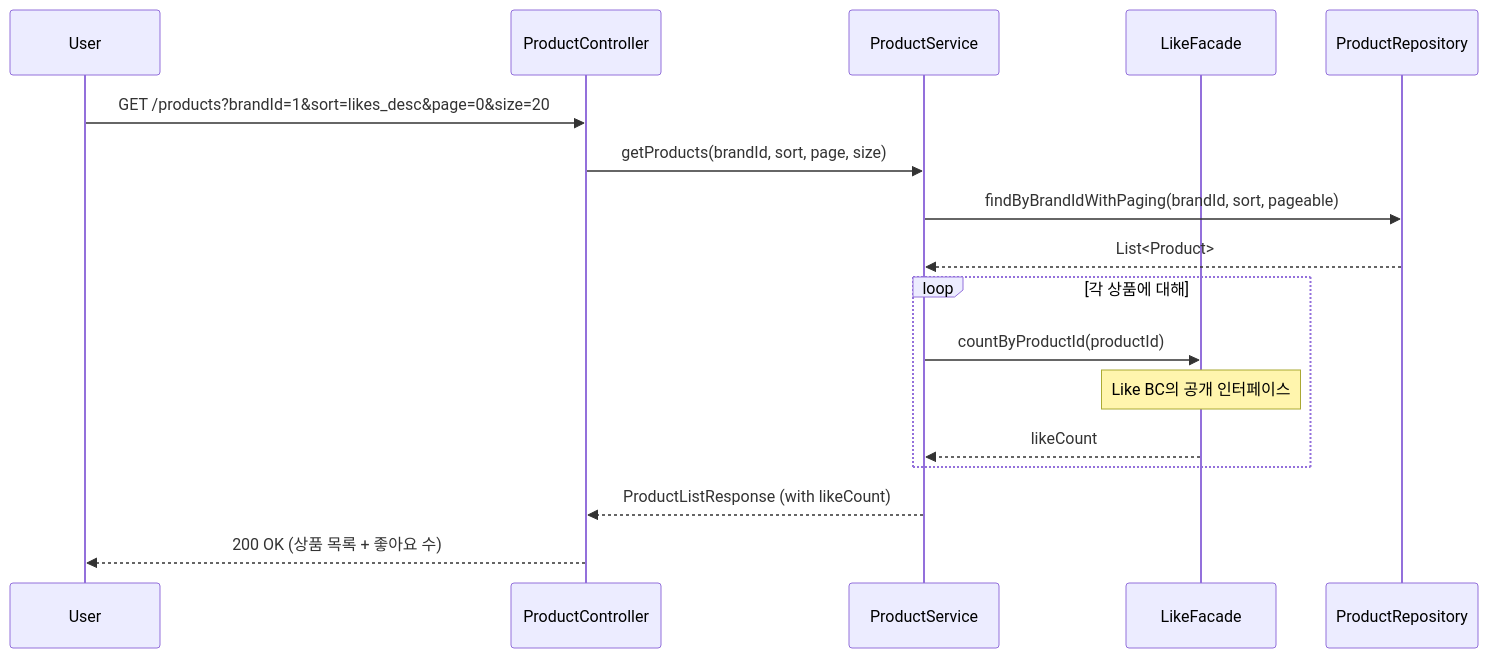
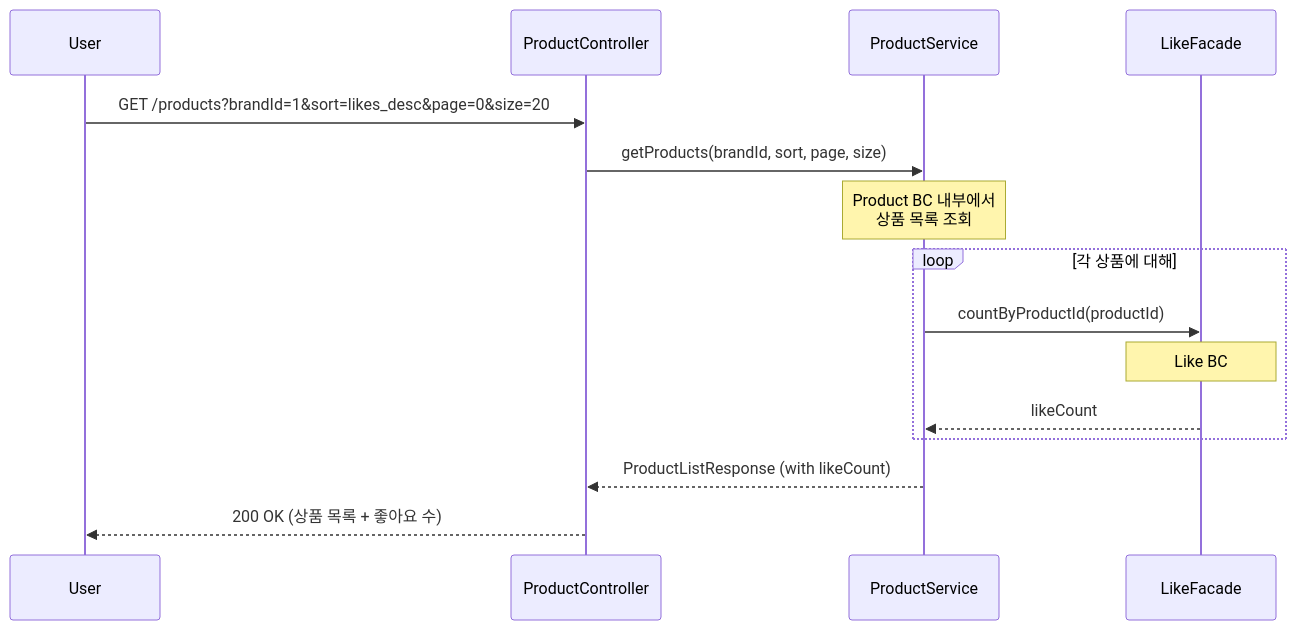
The first of 5 diagrams in .docs/design/02-sequence-diagrams.md (Loopers-dev-lab/loopers-spring-kotlin-template), drawn with Mermaid before and after one commit. The commit also changed other lines of this file, not shown here.

Commit message:
fix: Repository 를 시퀀스 다이어그램 표현에서 배제

````diff
--- a/.docs/design/02-sequence-diagrams.md
+++ b/.docs/design/02-sequence-diagrams.md
@@ -16,23 +16,21 @@
 ```mermaid
 sequenceDiagram
     participant User
     participant ProductController
     participant ProductService
     participant LikeFacade
-    participant ProductRepository
 
     User->>ProductController: GET /products?brandId=1&sort=likes_desc&page=0&size=20
     ProductController->>ProductService: getProducts(brandId, sort, page, size)
 
-    ProductService->>ProductRepository: findByBrandIdWithPaging(brandId, sort, pageable)
-    ProductRepository-->>ProductService: List<Product>
+    Note over ProductService: Product BC 내부에서<br/>상품 목록 조회
 
     loop 각 상품에 대해
         ProductService->>LikeFacade: countByProductId(productId)
-        Note over LikeFacade: Like BC의 공개 인터페이스
+        Note over LikeFacade: Like BC
         LikeFacade-->>ProductService: likeCount
     end
 
     ProductService-->>ProductController: ProductListResponse (with likeCount)
     ProductController-->>User: 200 OK (상품 목록 + 좋아요 수)
 ```
````
